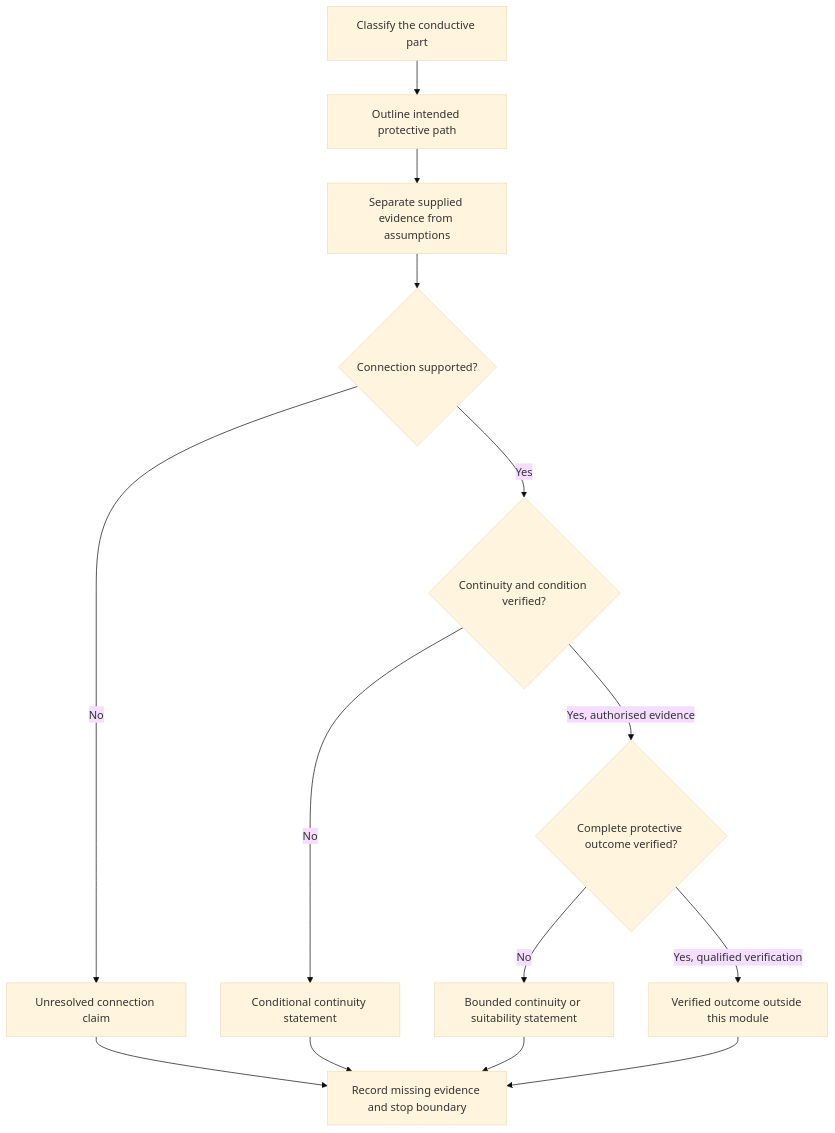
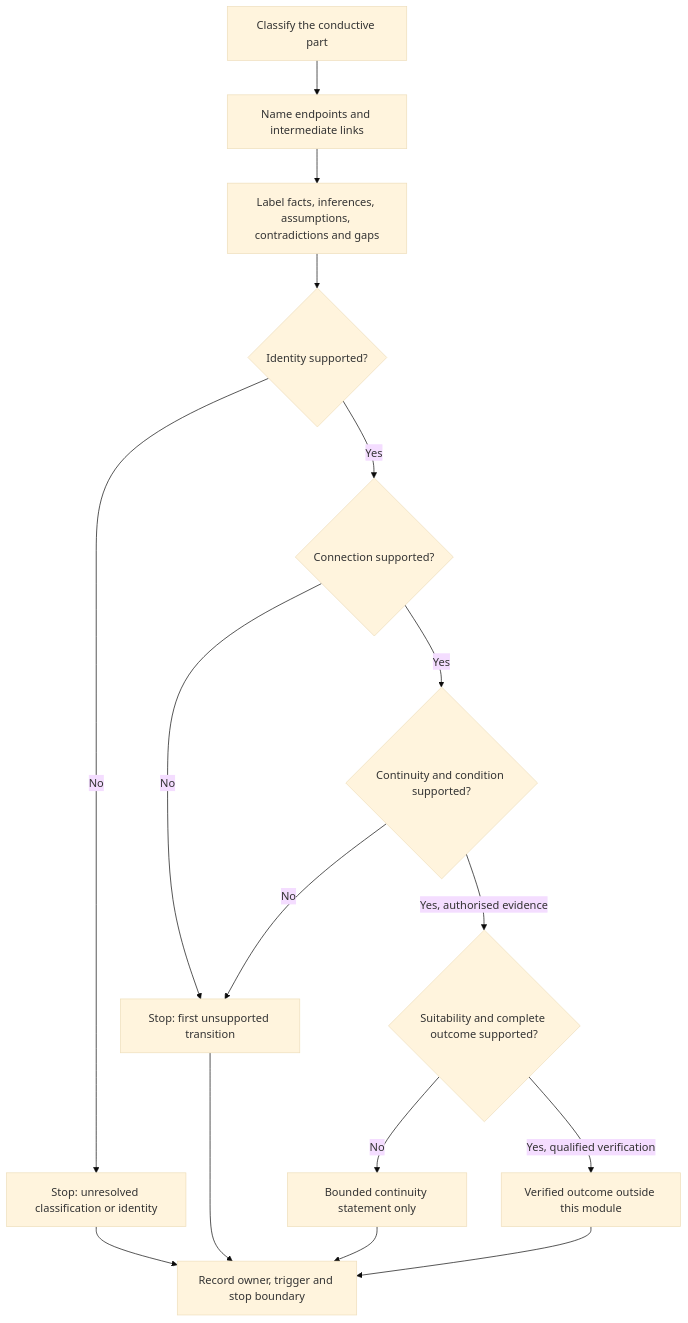
The first of 2 diagrams in docs/learning-plans/12-week/modules/day-16-protective-earthing-continuity-and-exposed-conductive-parts.md (andrew3stedall/capstone), drawn with Mermaid (base theme) before and after one commit. The commit also changed other lines of this file, not shown here.

Commit message:
Improve Day 16 continuity reasoning

````diff
--- a/docs/learning-plans/12-week/modules/day-16-protective-earthing-continuity-and-exposed-conductive-parts.md
+++ b/docs/learning-plans/12-week/modules/day-16-protective-earthing-continuity-and-exposed-conductive-parts.md
@@ -107,16 +123,18 @@
 ```mermaid
 flowchart TD
-    A["Classify the conductive part"] --> B["Outline intended protective path"]
-    B --> C["Separate supplied evidence from assumptions"]
-    C --> D{"Connection supported?"}
-    D -->|"No"| E["Unresolved connection claim"]
-    D -->|"Yes"| F{"Continuity and condition verified?"}
-    F -->|"No"| G["Conditional continuity statement"]
-    F -->|"Yes, authorised evidence"| H{"Complete protective outcome verified?"}
-    H -->|"No"| I["Bounded continuity or suitability statement"]
-    H -->|"Yes, qualified verification"| J["Verified outcome outside this module"]
-    E --> K["Record missing evidence and stop boundary"]
-    G --> K
-    I --> K
-    J --> K
+    A["Classify the conductive part"] --> B["Name endpoints and intermediate links"]
+    B --> C["Label facts, inferences, assumptions, contradictions and gaps"]
+    C --> D{"Identity supported?"}
+    D -->|"No"| E["Stop: unresolved classification or identity"]
+    D -->|"Yes"| F{"Connection supported?"}
+    F -->|"No"| G["Stop: first unsupported transition"]
+    F -->|"Yes"| H{"Continuity and condition supported?"}
+    H -->|"No"| G
+    H -->|"Yes, authorised evidence"| I{"Suitability and complete outcome supported?"}
+    I -->|"No"| J["Bounded continuity statement only"]
+    I -->|"Yes, qualified verification"| K["Verified outcome outside this module"]
+    E --> L["Record owner, trigger and stop boundary"]
+    G --> L
+    J --> L
+    K --> L
 ```
````
